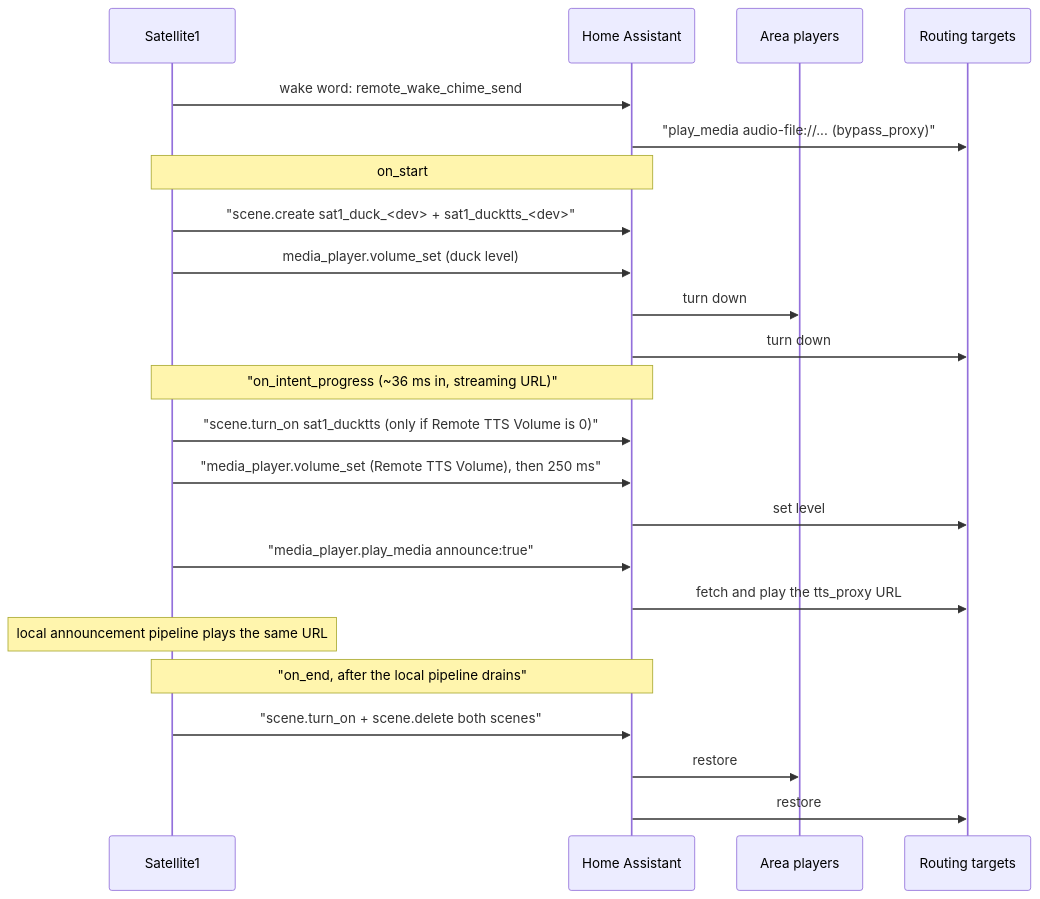
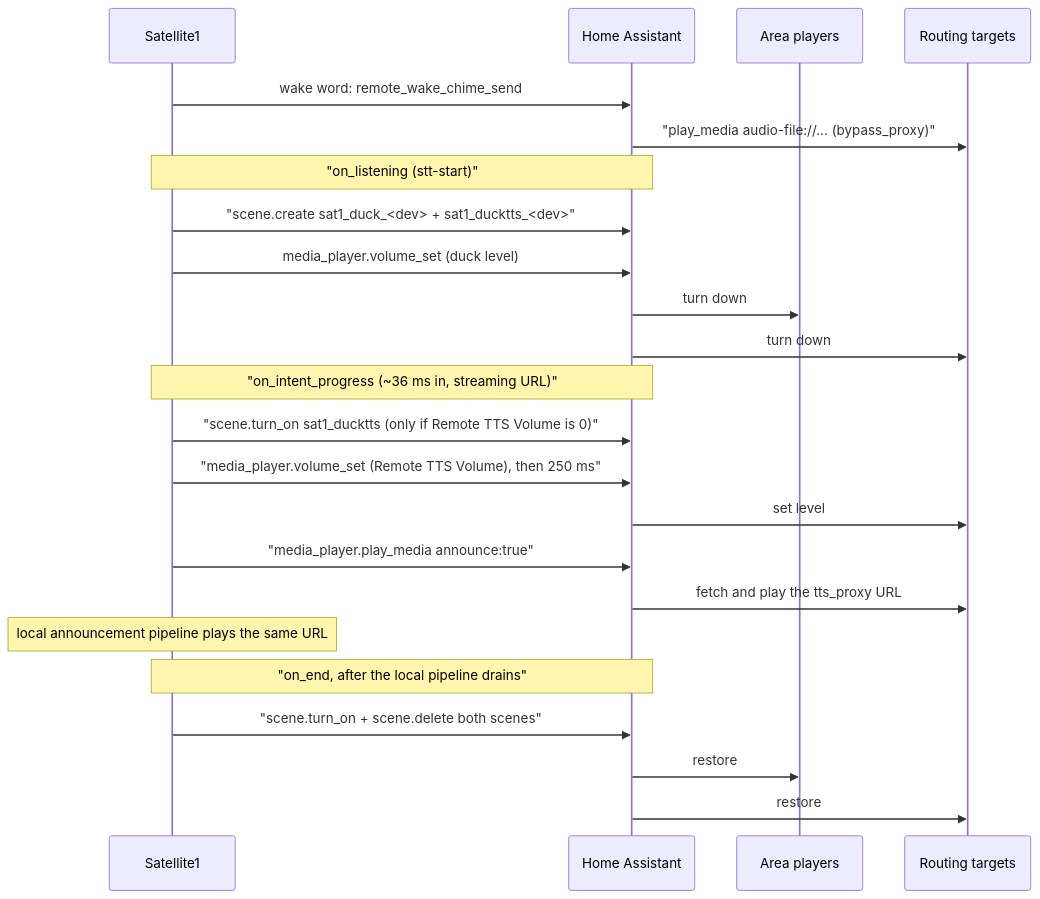
Before and after one commit to FutureProofHomes/Satellite1-ESPHome: the diagram in docs/TTS-Routing.md, drawn with Mermaid. The commit also changed other lines of this file and 2 other files, not shown here.

````diff
--- a/docs/TTS-Routing.md
+++ b/docs/TTS-Routing.md
@@ -301,26 +301,26 @@
 ```mermaid
 sequenceDiagram
     participant Sat as Satellite1
     participant HA as Home Assistant
     participant Room as Area players
     participant Tgt as Routing targets
 
     Sat->>HA: wake word: remote_wake_chime_send
     HA->>Tgt: "play_media audio-file://... (bypass_proxy)"
-    Note over Sat,HA: on_start
+    Note over Sat,HA: "on_listening (stt-start)"
     Sat->>HA: "scene.create sat1_duck_<dev> + sat1_ducktts_<dev>"
     Sat->>HA: media_player.volume_set (duck level)
     HA->>Room: turn down
     HA->>Tgt: turn down
     Note over Sat,HA: "on_intent_progress (~36 ms in, streaming URL)"
     Sat->>HA: "scene.turn_on sat1_ducktts (only if Remote TTS Volume is 0)"
     Sat->>HA: "media_player.volume_set (Remote TTS Volume), then 250 ms"
     HA->>Tgt: set level
     Sat->>HA: "media_player.play_media announce:true"
     HA->>Tgt: fetch and play the tts_proxy URL
     Note over Sat: local announcement pipeline plays the same URL
     Note over Sat,HA: "on_end, after the local pipeline drains"
     Sat->>HA: "scene.turn_on + scene.delete both scenes"
     HA->>Room: restore
     HA->>Tgt: restore
 ```
````
